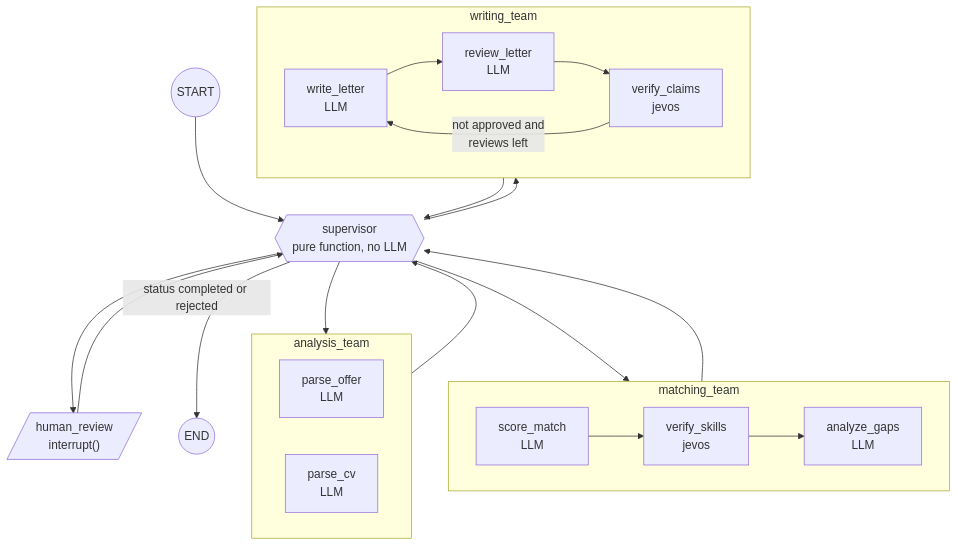
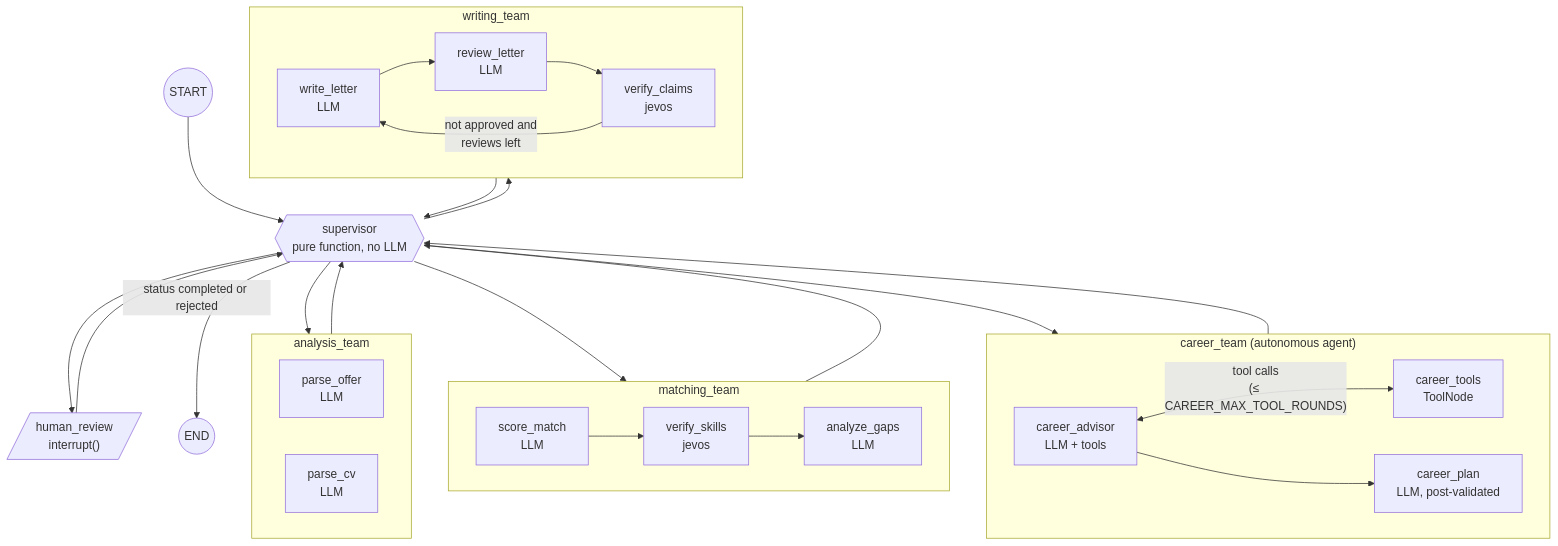
One commit to DHoudetot-Cyril/jobmatch-agent changed the third of 4 diagrams in docs/architecture.md. Above: the diagram before and after it, drawn with Mermaid. The commit also changed other lines of this file and 21 other files, not shown here.

First line of the commit message:
feat(career): autonomous tool-using career advisor agent (ReAct)

````diff
--- a/docs/architecture.md
+++ b/docs/architecture.md
@@ -122,30 +122,37 @@
 ```mermaid
 flowchart TD
     START((START)) --> SUP{{"supervisor<br/>pure function, no LLM"}}
 
     subgraph AT["analysis_team"]
         PO["parse_offer<br/>LLM"]
         PC["parse_cv<br/>LLM"]
     end
 
     subgraph MT["matching_team"]
         SM["score_match<br/>LLM"] --> VS["verify_skills<br/>jevos"] --> AG["analyze_gaps<br/>LLM"]
     end
 
+    subgraph CT["career_team (autonomous agent)"]
+        CA["career_advisor<br/>LLM + tools"] <-->|"tool calls<br/>(≤ CAREER_MAX_TOOL_ROUNDS)"| CTL["career_tools<br/>ToolNode"]
+        CA --> CP["career_plan<br/>LLM, post-validated"]
+    end
+
     subgraph WT["writing_team"]
         WL["write_letter<br/>LLM"] --> RL["review_letter<br/>LLM"] --> VC["verify_claims<br/>jevos"]
         VC -->|"not approved and<br/>reviews left"| WL
     end
 
     HR[/"human_review<br/>interrupt()"/]
 
     SUP --> AT
     SUP --> MT
+    SUP --> CT
     SUP --> WT
     SUP --> HR
     AT --> SUP
     MT --> SUP
+    CT --> SUP
     WT --> SUP
     HR --> SUP
     SUP -->|"status completed or rejected"| END((END))
 ```
````
